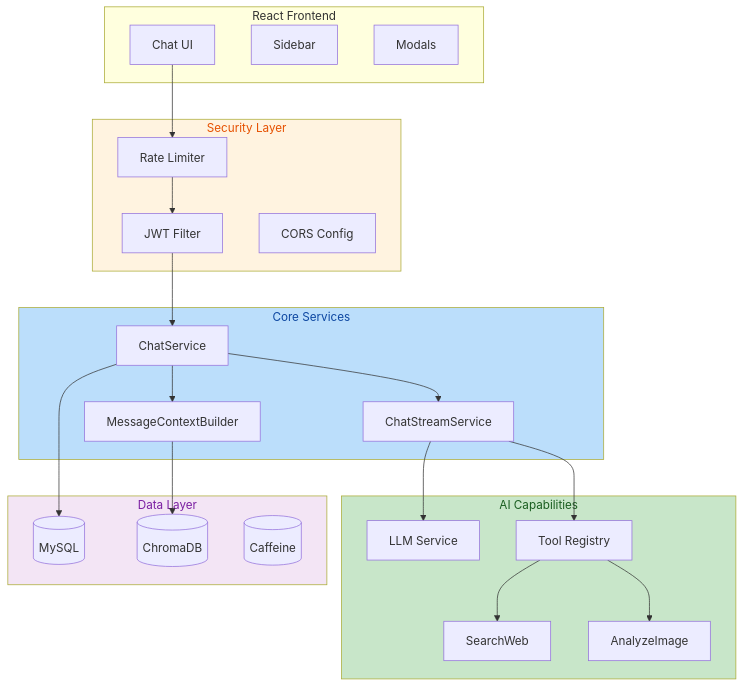
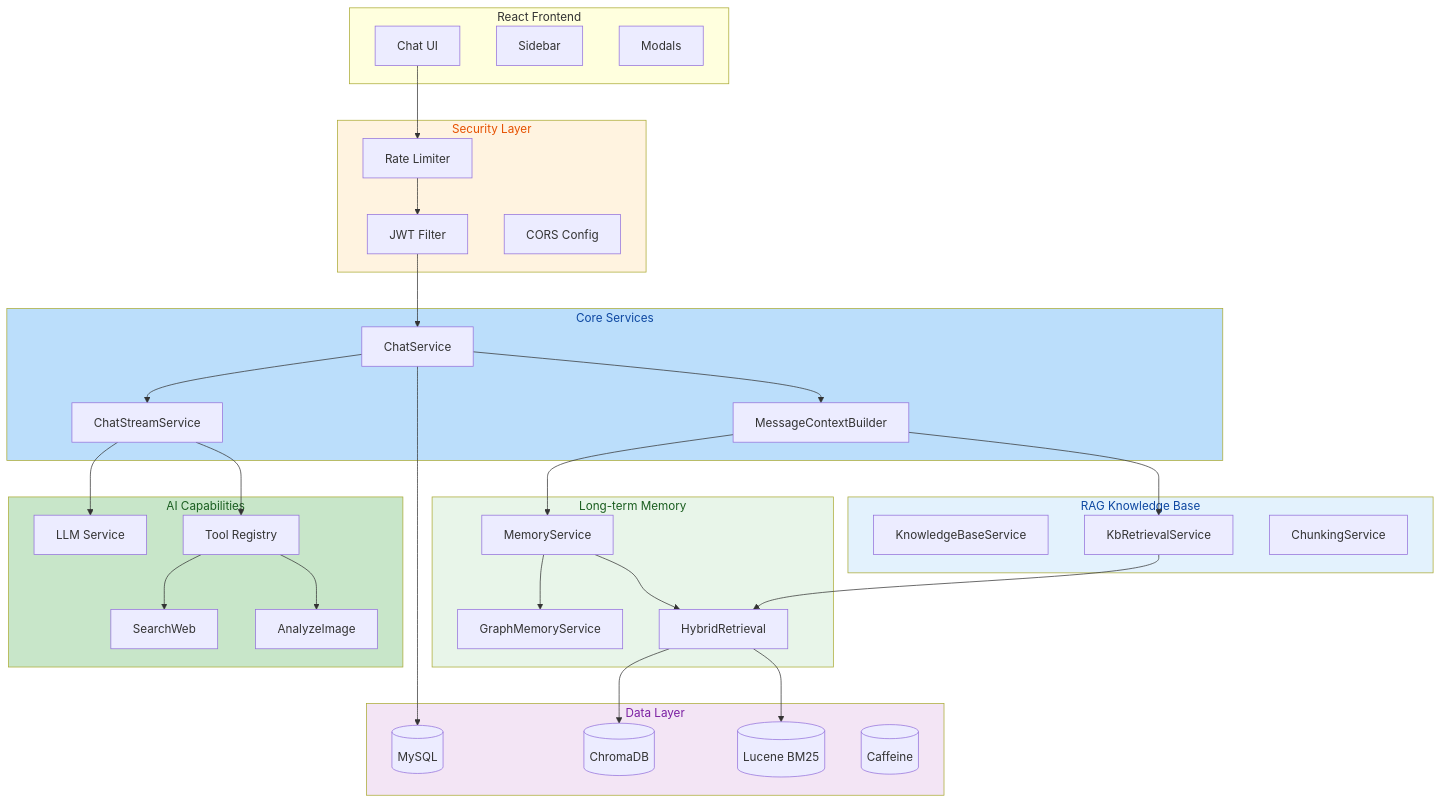
One commit to kleetor/AiChat changed the second of 2 diagrams in README_EN.md. Above: the diagram before and after it, drawn with Mermaid. The commit also changed other lines of this file and 1 other file, not shown here.

````diff
--- a/README_EN.md
+++ b/README_EN.md
@@ -315,49 +361,70 @@
 ```mermaid
 flowchart TB
     subgraph Frontend["React Frontend"]
         FE[Chat UI]
         SS[Sidebar]
         MD[Modals]
     end
 
     subgraph Security["Security Layer"]
         RL[Rate Limiter]
         JWT[JWT Filter]
         CORS[CORS Config]
     end
 
     subgraph Core["Core Services"]
         CS[ChatService]
         CSS[ChatStreamService]
         MCB[MessageContextBuilder]
     end
 
+    subgraph Memory["Long-term Memory"]
+        MS[MemoryService]
+        GM[GraphMemoryService]
+        HR[HybridRetrieval]
+    end
+
+    subgraph KB["RAG Knowledge Base"]
+        KBS[KnowledgeBaseService]
+        KBR[KbRetrievalService]
+        CHK[ChunkingService]
+    end
+
     subgraph AILayer["AI Capabilities"]
         LLM[LLM Service]
         TR[Tool Registry]
         SW[SearchWeb]
         Img[AnalyzeImage]
     end
 
     subgraph DataLayer["Data Layer"]
         DB[(MySQL)]
         CDB[(ChromaDB)]
+        LUC[(Lucene BM25)]
         Cache[(Caffeine)]
     end
 
     FE --> RL --> JWT
     JWT --> CS
     CS --> MCB
     CS --> CSS
     CSS --> LLM
     CSS --> TR
     TR --> SW
     TR --> Img
-    MCB --> CDB
+    MCB --> MS
+    MCB --> KBR
+    MS --> GM
+    MS --> HR
+    KBR --> HR
+    HR --> CDB
+    HR --> LUC
     CS --> DB
 
     style Security fill:#fff3e0,color:#e65100
     style Core fill:#bbdefb,color:#0d47a1
+    style Memory fill:#e8f5e9,color:#1b5e20
+    style KB fill:#e3f2fd,color:#0d47a1
     style AILayer fill:#c8e6c9,color:#1a5e20
     style DataLayer fill:#f3e5f5,color:#7b1fa2
 ```
````
